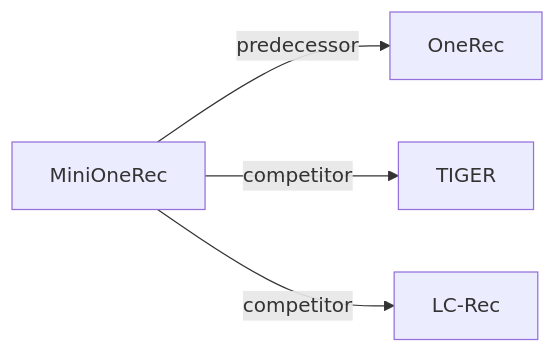
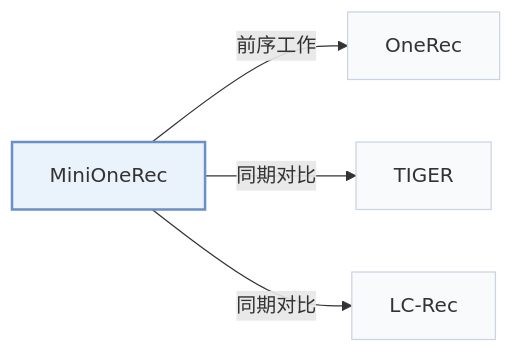
Before and after one commit to Galaxy-ghost/Awesome-SID-Generative-Rec: the third of 3 diagrams in pages/zh/papers/minionerec.md, drawn with Mermaid. The commit also changed other lines of this file and 649 other files, not shown here.

Commit message:
writer-05: also tags and modality index (schema, check, build, visuals); summary field removed; calibration data for 12 papers

````diff
--- a/pages/zh/papers/minionerec.md
+++ b/pages/zh/papers/minionerec.md
@@ -127,7 +141,11 @@
 ```mermaid
 flowchart LR
     P["MiniOneRec"]
-    P -->|predecessor| A["OneRec"]
-    P -->|competitor| B["TIGER"]
-    P -->|competitor| C["LC-Rec"]
+    P -->|"前序工作"| A["OneRec"]
+    P -->|"同期对比"| B["TIGER"]
+    P -->|"同期对比"| C["LC-Rec"]
+    classDef main fill:#eaf2fb,stroke:#6b8fc7,stroke-width:2px
+    classDef peer fill:#f8fafc,stroke:#cbd5e1
+    class P main
+    class A,B,C peer
 ```
````
